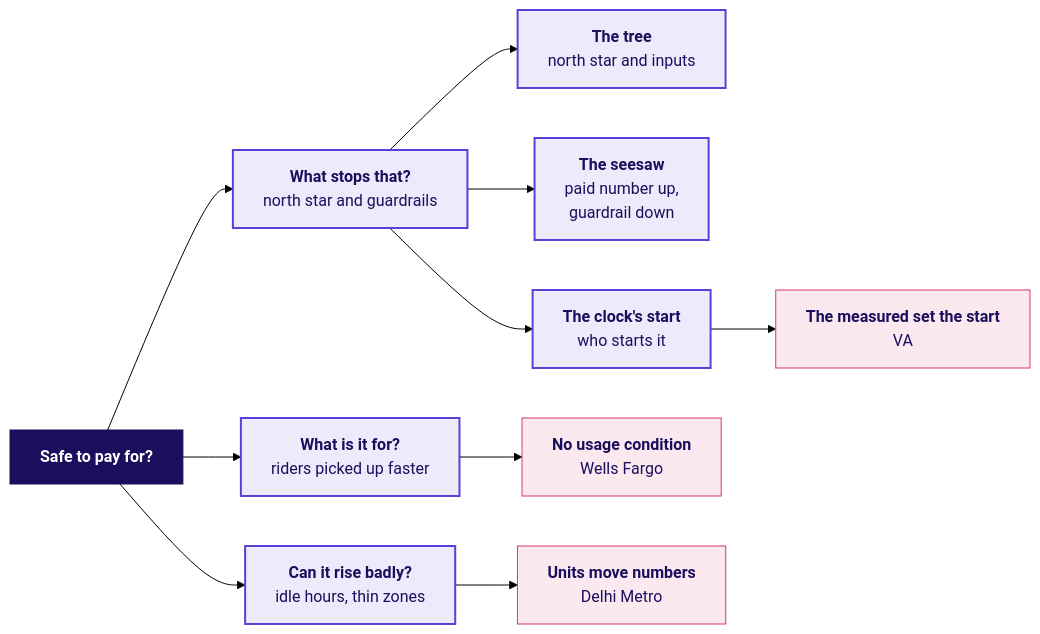
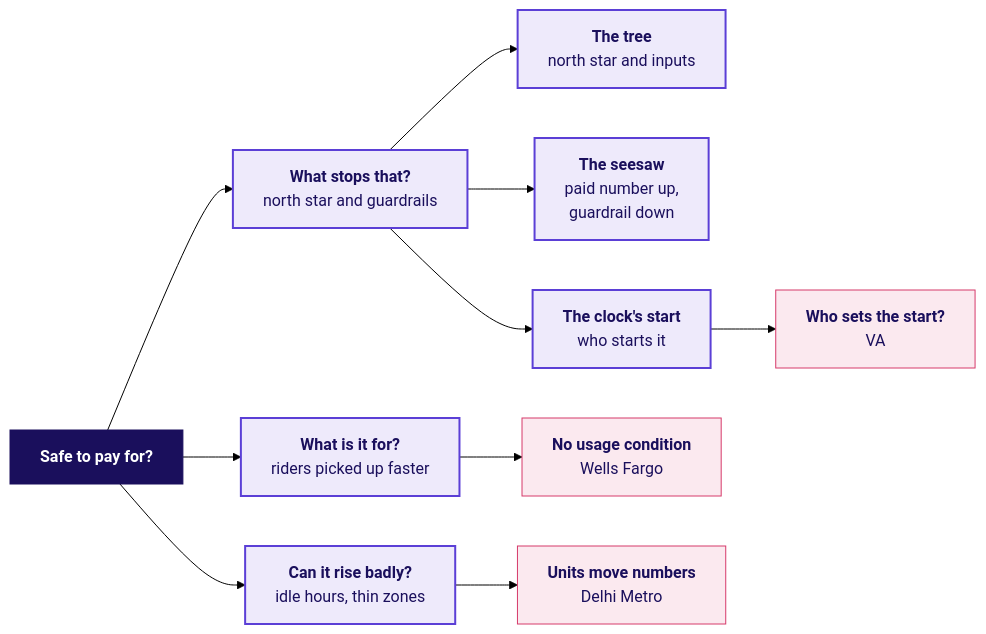
The second of 2 diagrams in content/W04/D1/cheatsheets/C2_W04_D01_safe_to_pay_STUDENT.md (fde-academy-lab/c2-content-factory), drawn with Mermaid (forest theme) before and after one commit. The commit also changed 22 other files, not shown here.

````diff
--- a/content/W04/D1/cheatsheets/C2_W04_D01_safe_to_pay_STUDENT.md
+++ b/content/W04/D1/cheatsheets/C2_W04_D01_safe_to_pay_STUDENT.md
@@ -34,28 +34,28 @@
 ```mermaid
 flowchart LR
     Q["<b>Safe to pay for?</b>"]
     Q1["<b>What is it for?</b><br/>riders picked up faster"]
     Q2["<b>Can it rise badly?</b><br/>idle hours, thin zones"]
     Q3["<b>What stops that?</b><br/>north star and guardrails"]
     S1["<b>The tree</b><br/>north star and inputs"]
     S2["<b>The seesaw</b><br/>paid number up,<br/>guardrail down"]
     S3["<b>The clock's start</b><br/>who starts it"]
     P1["<b>No usage condition</b><br/>Wells Fargo"]
     P2["<b>Units move numbers</b><br/>Delhi Metro"]
-    P3["<b>The measured set the start</b><br/>VA"]
+    P3["<b>Who sets the start?</b><br/>VA"]
     Q --> Q1
     Q --> Q2
     Q --> Q3
     Q3 --> S1
     Q3 --> S2
     Q3 --> S3
     Q1 --> P1
     Q2 --> P2
     S3 --> P3
     classDef lit fill:#1A0F5C,stroke:#1A0F5C,color:#FFFFFF
     classDef known fill:#EEEAFB,stroke:#5B3FD6,color:#1A0F5C,stroke-width:2px
     classDef bad fill:#FBE9EF,stroke:#D63A6A,color:#1A0F5C
     class Q lit
     class Q1,Q2,Q3,S1,S2,S3 known
     class P1,P2,P3 bad
 ```
````
